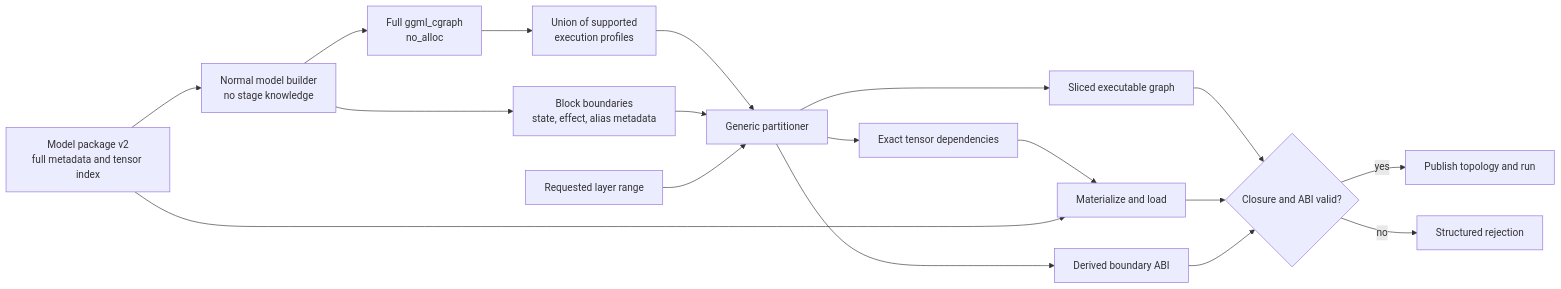
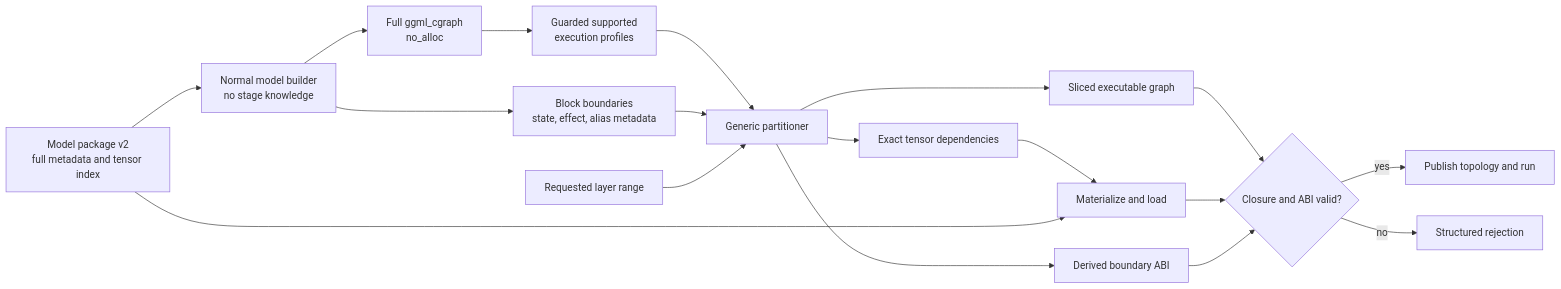
One commit to michaelneale/decentralized-inference changed the diagram in docs/design/SKIPPY_GRAPH_FILTER_V2.md. Above: the diagram before and after it, drawn with Mermaid. The commit also changed other lines of this file, not shown here.

Commit message:
docs(skippy): incorporate graph filter review

````diff
--- a/docs/design/SKIPPY_GRAPH_FILTER_V2.md
+++ b/docs/design/SKIPPY_GRAPH_FILTER_V2.md
@@ -76,27 +79,27 @@
 ```mermaid
 flowchart LR
   P["Model package v2\nfull metadata and tensor index"]
   B["Normal model builder\nno stage knowledge"]
   G["Full ggml_cgraph\nno_alloc"]
   M["Block boundaries\nstate, effect, alias metadata"]
-  U["Union of supported\nexecution profiles"]
+  U["Guarded supported\nexecution profiles"]
   R["Requested layer range"]
   S["Generic partitioner"]
   X["Sliced executable graph"]
   D["Exact tensor dependencies"]
   A["Derived boundary ABI"]
   L["Materialize and load"]
   V{"Closure and ABI valid?"}
   T["Publish topology and run"]
   F["Structured rejection"]
 
   P --> B --> G --> U --> S
   B --> M --> S
   R --> S
   S --> X --> V
   S --> D --> L --> V
   P --> L
   S --> A --> V
   V -- yes --> T
   V -- no --> F
 ```
````
